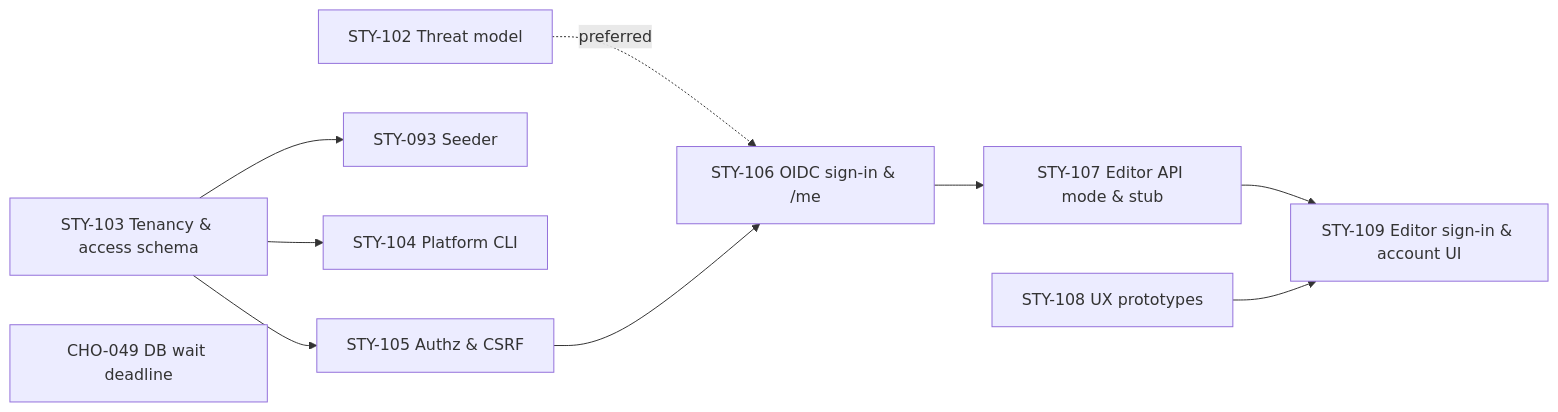
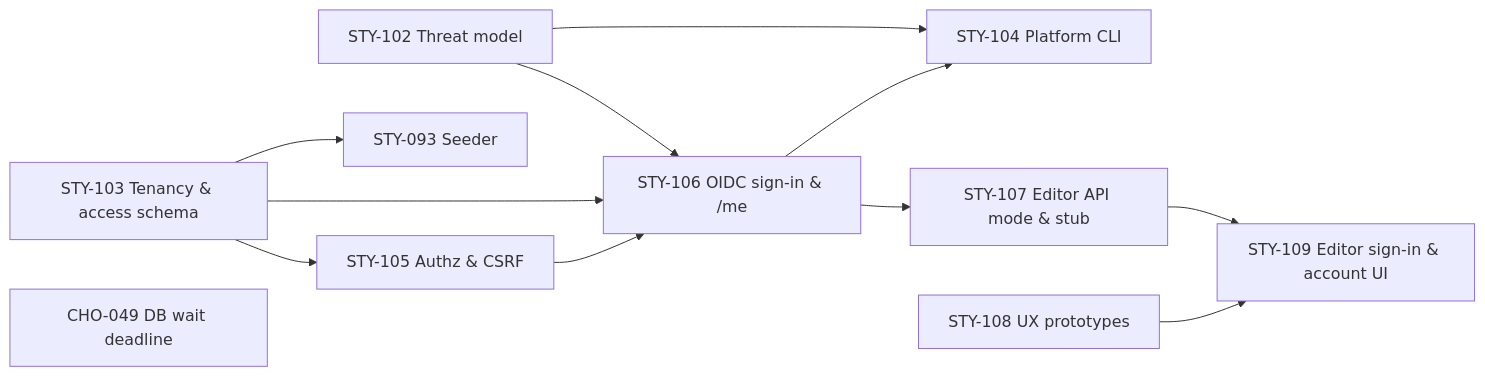
The diagram in docs/backlog/EPC-024-tenancy-sign-in-and-optional-api-mode/README.md (DHCW-Digital-Health-and-Care-Wales/roadmaps), drawn with Mermaid before and after one commit. The commit also changed other lines of this file and 20 other files, not shown here.

````diff
--- a/docs/backlog/EPC-024-tenancy-sign-in-and-optional-api-mode/README.md
+++ b/docs/backlog/EPC-024-tenancy-sign-in-and-optional-api-mode/README.md
@@ -152,12 +151,14 @@
 ```mermaid
 flowchart LR
-  STY102["STY-102 Threat model"] -. preferred .-> STY106["STY-106 OIDC sign-in & /me"]
+  STY102["STY-102 Threat model"] --> STY106["STY-106 OIDC sign-in & /me"]
+  STY102 --> STY104["STY-104 Platform CLI"]
   STY103["STY-103 Tenancy & access schema"] --> STY093["STY-093 Seeder"]
-  STY103 --> STY104["STY-104 Platform CLI"]
   STY103 --> STY105["STY-105 Authz & CSRF"]
+  STY103 --> STY106
   STY105 --> STY106
+  STY106 --> STY104
   STY106 --> STY107["STY-107 Editor API mode & stub"]
   STY107 --> STY109["STY-109 Editor sign-in & account UI"]
   STY108["STY-108 UX prototypes"] --> STY109
   CHO049["CHO-049 DB wait deadline"]
 ```
````
